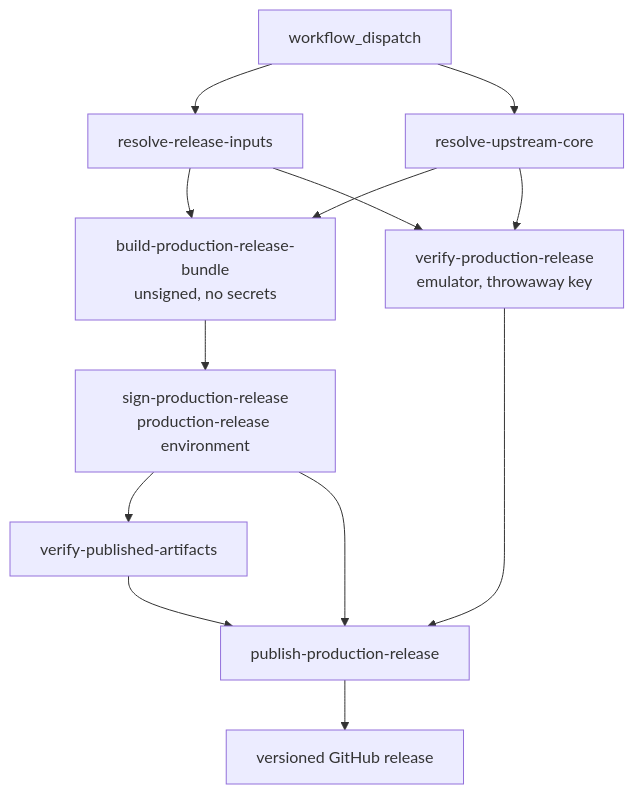
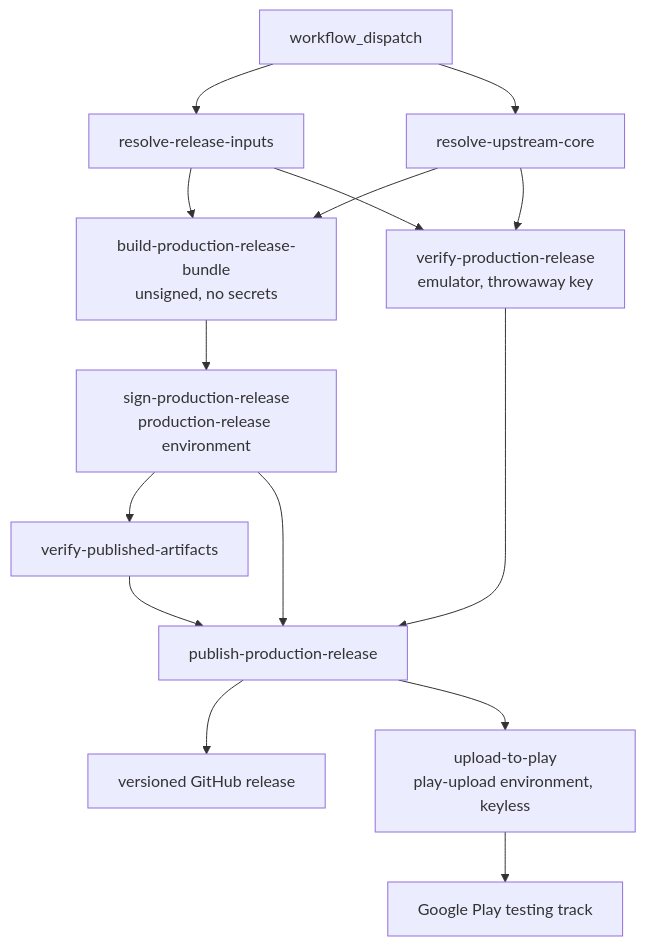
The second of 2 diagrams in android/docs/dev/07-ci-and-release-workflow.md (ppigazzini/r47zen), drawn with Mermaid before and after one commit. The commit also changed other lines of this file and 7 other files, not shown here.

````diff
--- a/android/docs/dev/07-ci-and-release-workflow.md
+++ b/android/docs/dev/07-ci-and-release-workflow.md
@@ -485,25 +489,29 @@
 ```mermaid
 flowchart TD
   A[workflow_dispatch]
   B[resolve-release-inputs]
   C[resolve-upstream-core]
   E[build-production-release-bundle<br/>unsigned, no secrets]
   S[sign-production-release<br/>production-release environment]
   V[verify-production-release<br/>emulator, throwaway key]
   W[verify-published-artifacts]
   I[publish-production-release]
   J[versioned GitHub release]
+  P[upload-to-play<br/>play-upload environment, keyless]
+  K[Google Play testing track]
 
   A --> B
   A --> C
   B --> E
   C --> E
   E --> S
   B --> V
   C --> V
   S --> W
   S --> I
   V --> I
   W --> I
   I --> J
+  I --> P
+  P --> K
 ```
````
